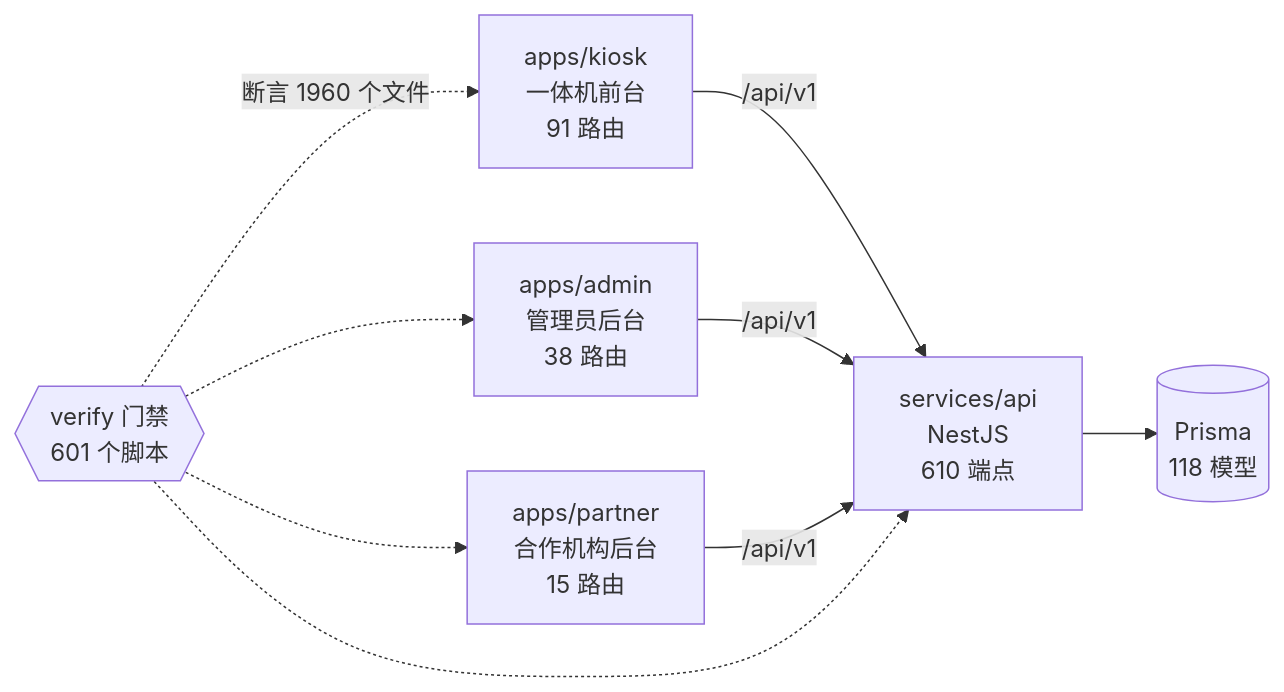
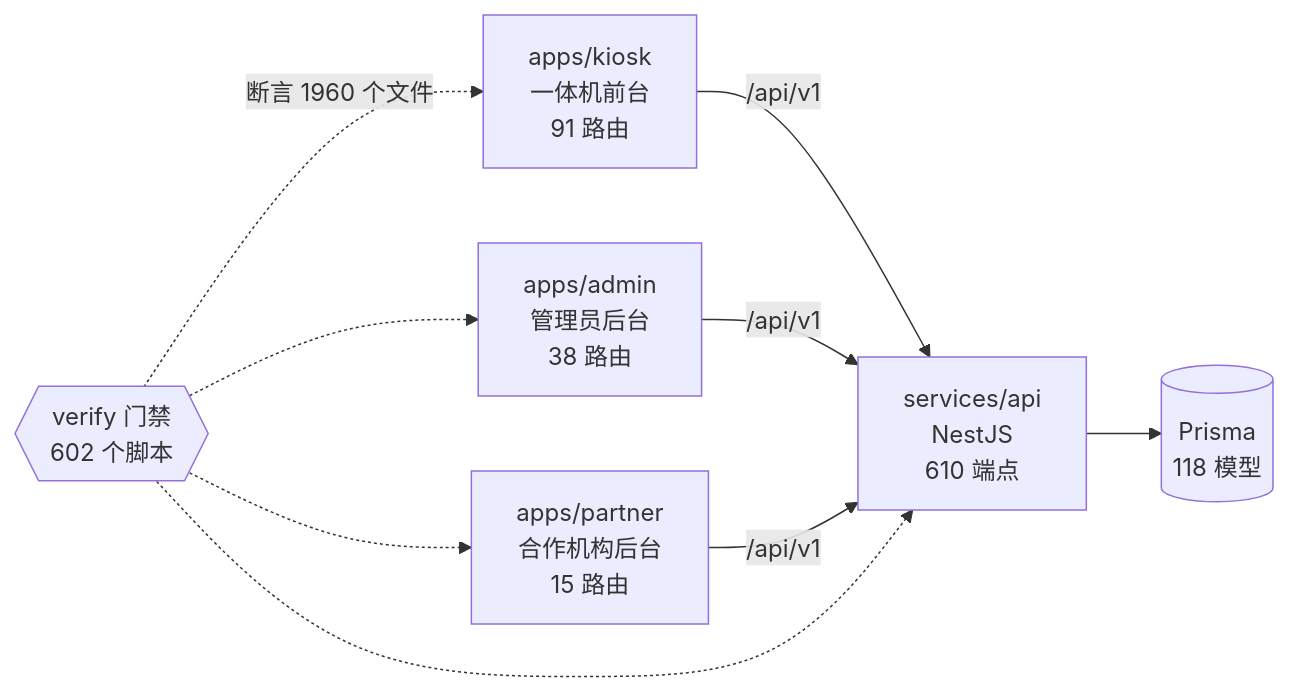
The diagram in docs/graph/README.md (wanglei581/YITIJI), drawn with Mermaid before and after one commit. The commit also changed other lines of this file and 5 other files, not shown here.

````diff
--- a/docs/graph/README.md
+++ b/docs/graph/README.md
@@ -68,18 +68,18 @@
 ```mermaid
 flowchart LR
   kiosk["apps/kiosk<br/>一体机前台<br/>91 路由"]
   admin["apps/admin<br/>管理员后台<br/>38 路由"]
   partner["apps/partner<br/>合作机构后台<br/>15 路由"]
   api["services/api<br/>NestJS<br/>610 端点"]
   db[("Prisma<br/>118 模型")]
-  gates{{"verify 门禁<br/>601 个脚本"}}
+  gates{{"verify 门禁<br/>602 个脚本"}}
 
   kiosk -->|"/api/v1"| api
   admin -->|"/api/v1"| api
   partner -->|"/api/v1"| api
   api --> db
   gates -.->|"断言 1960 个文件"| kiosk
   gates -.-> admin
   gates -.-> partner
   gates -.-> api
 ```
````
